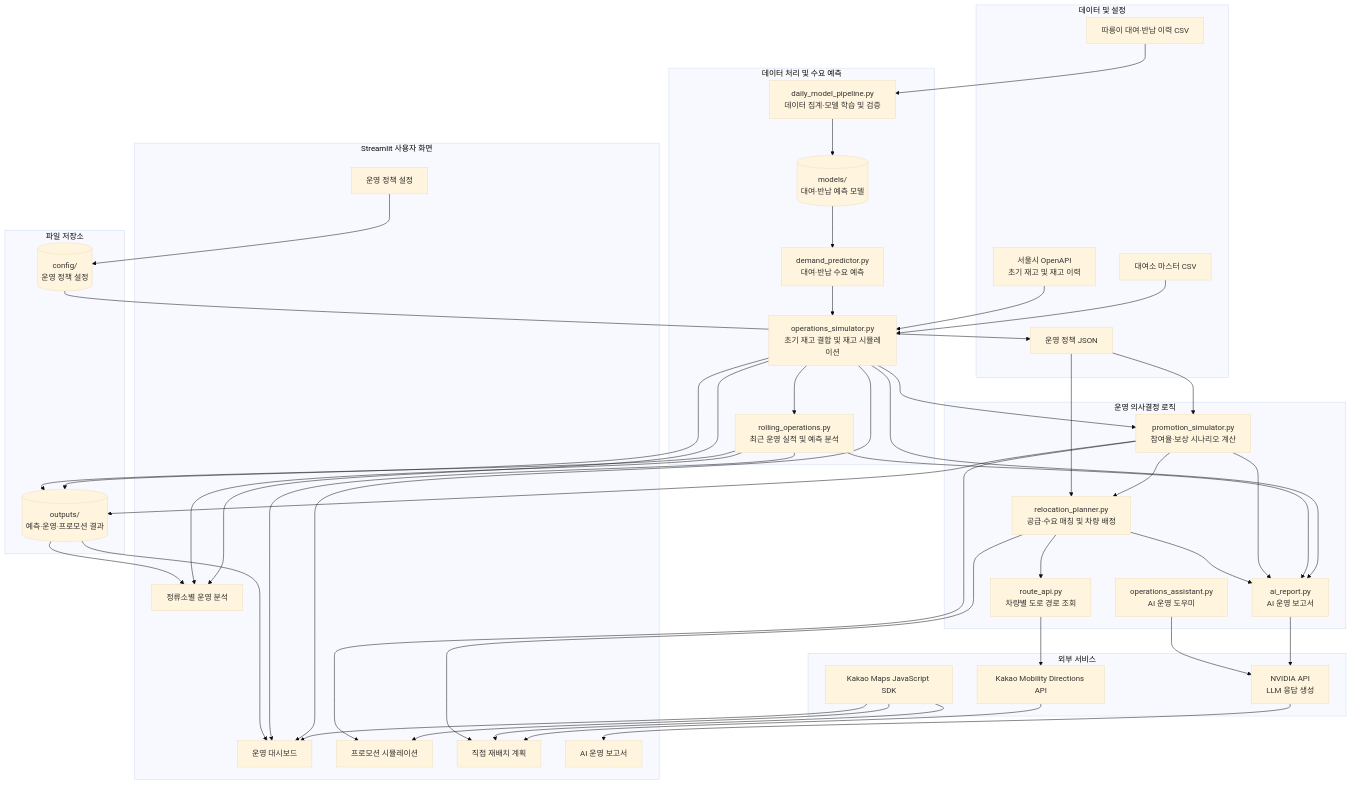
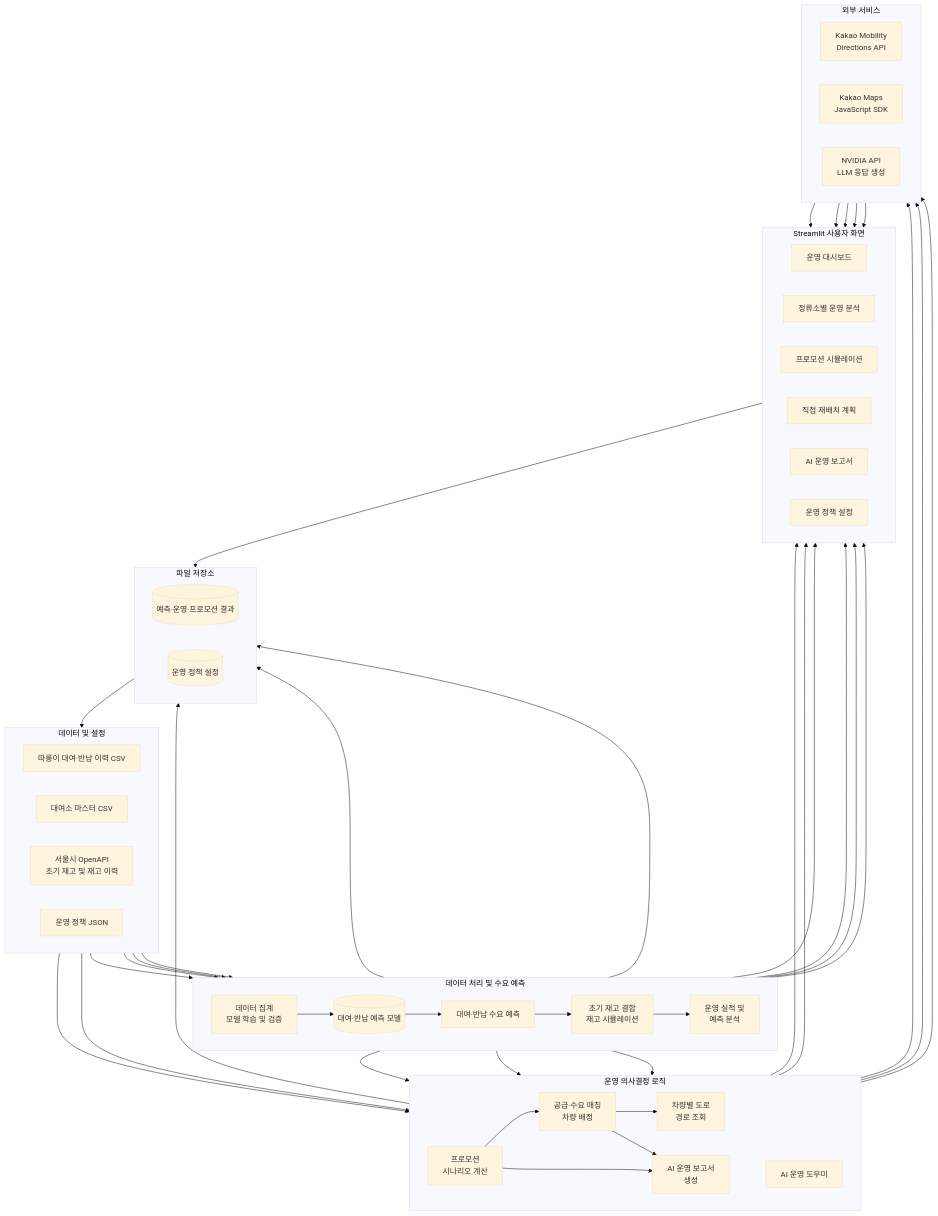
One commit to DDylan05/GoruFleet changed the second of 2 diagrams in readme.md. Above: the diagram before and after it, drawn with Mermaid (base theme).

````diff
--- a/readme.md
+++ b/readme.md
@@ -192,6 +192,7 @@
 ```mermaid
-flowchart TD
+flowchart TB
     subgraph DATA["데이터 및 설정"]
+        direction LR
         A["따릉이 대여·반납 이력 CSV"]
         B["대여소 마스터 CSV"]
         C["서울시 OpenAPI<br/>초기 재고 및 재고 이력"]
@@ -199,27 +200,31 @@
     end
 
     subgraph PREDICT["데이터 처리 및 수요 예측"]
-        E["daily_model_pipeline.py<br/>데이터 집계·모델 학습 및 검증"]
-        M[("models/<br/>대여·반납 예측 모델")]
-        F["demand_predictor.py<br/>대여·반납 수요 예측"]
-        G["operations_simulator.py<br/>초기 재고 결합 및 재고 시뮬레이션"]
-        H["rolling_operations.py<br/>최근 운영 실적 및 예측 분석"]
+        direction LR
+        E["데이터 집계<br/>모델 학습 및 검증"]
+        M[("대여·반납 예측 모델")]
+        F["대여·반납 수요 예측"]
+        G["초기 재고 결합<br/>재고 시뮬레이션"]
+        H["운영 실적 및<br/>예측 분석"]
     end
 
     subgraph LOGIC["운영 의사결정 로직"]
-        I["promotion_simulator.py<br/>참여율·보상 시나리오 계산"]
-        J["relocation_planner.py<br/>공급·수요 매칭 및 차량 배정"]
-        K["route_api.py<br/>차량별 도로 경로 조회"]
-        L["ai_report.py<br/>AI 운영 보고서"]
-        N["operations_assistant.py<br/>AI 운영 도우미"]
+        direction LR
+        I["프로모션<br/>시나리오 계산"]
+        J["공급·수요 매칭<br/>차량 배정"]
+        K["차량별 도로<br/>경로 조회"]
+        L["AI 운영 보고서<br/>생성"]
+        N["AI 운영 도우미"]
     end
 
     subgraph STORAGE["파일 저장소"]
-        O[("outputs/<br/>예측·운영·프로모션 결과")]
-        P[("config/<br/>운영 정책 설정")]
+        direction LR
+        O[("예측·운영·프로모션 결과")]
+        P[("운영 정책 설정")]
     end
 
     subgraph APP["Streamlit 사용자 화면"]
+        direction LR
         U1["운영 대시보드"]
         U2["정류소별 운영 분석"]
         U3["프로모션 시뮬레이션"]
@@ -229,12 +234,14 @@
     end
 
     subgraph EXTERNAL["외부 서비스"]
-        X1["Kakao Mobility Directions API"]
-        X2["Kakao Maps JavaScript SDK"]
+        direction LR
+        X1["Kakao Mobility<br/>Directions API"]
+        X2["Kakao Maps<br/>JavaScript SDK"]
         X3["NVIDIA API<br/>LLM 응답 생성"]
     end
 
     A --> E
+    B --> E
     E --> M
     M --> F
     F --> G
@@ -271,12 +278,12 @@
     I --> L
     J --> L
     L --> X3
+    N --> X3
     X3 --> U5
-
-    N --> X3
 
     U6 --> P
     P --> D
-    O --> U1
-    O --> U2
+
+    I ~~~ L
+    L ~~~ N
 ```
````
